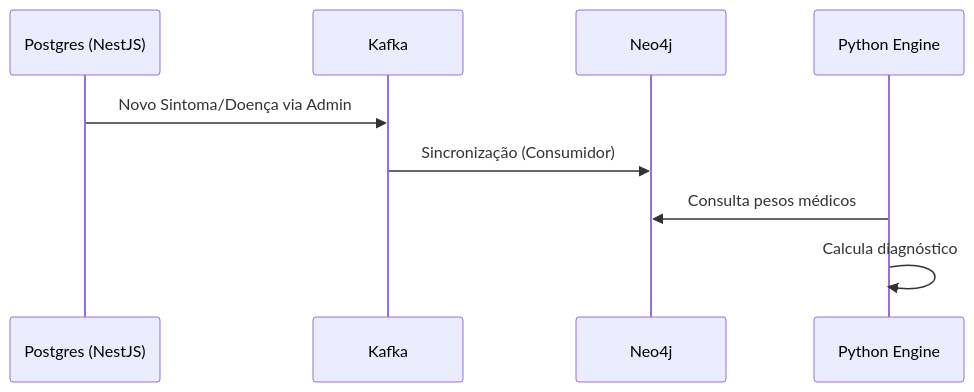
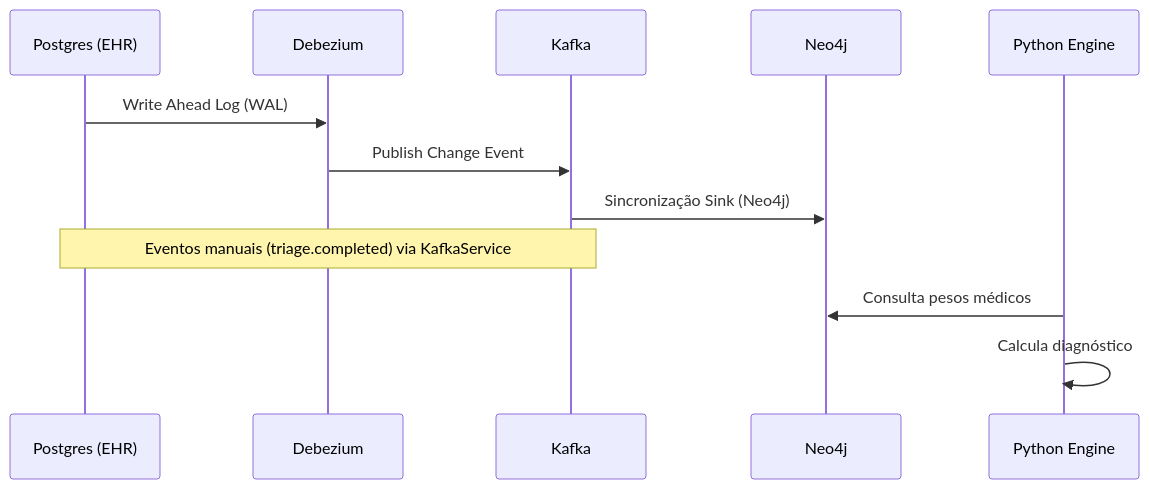
Before and after one commit to Gabrielc476/projeto-medico: the diagram in brain/04-Base-de-Dados/03 — Implementação e Entidades.md, drawn with Mermaid. The commit also changed other lines of this file and 69 other files, not shown here.

````diff
--- a/brain/04-Base-de-Dados/03 — Implementação e Entidades.md
+++ b/brain/04-Base-de-Dados/03 — Implementação e Entidades.md
@@ -50,12 +50,15 @@
 ```mermaid
 sequenceDiagram
-    participant P as Postgres (NestJS)
+    participant P as Postgres (EHR)
+    participant D as Debezium
     participant K as Kafka
     participant N as Neo4j
     participant PY as Python Engine
 
-    P->>K: Novo Sintoma/Doença via Admin
-    K->>N: Sincronização (Consumidor)
+    P->>D: Write Ahead Log (WAL)
+    D->>K: Publish Change Event
+    K->>N: Sincronização Sink (Neo4j)
+    Note over P,K: Eventos manuais (triage.completed) via KafkaService
     PY->>N: Consulta pesos médicos
     PY->>PY: Calcula diagnóstico
 ```
````
